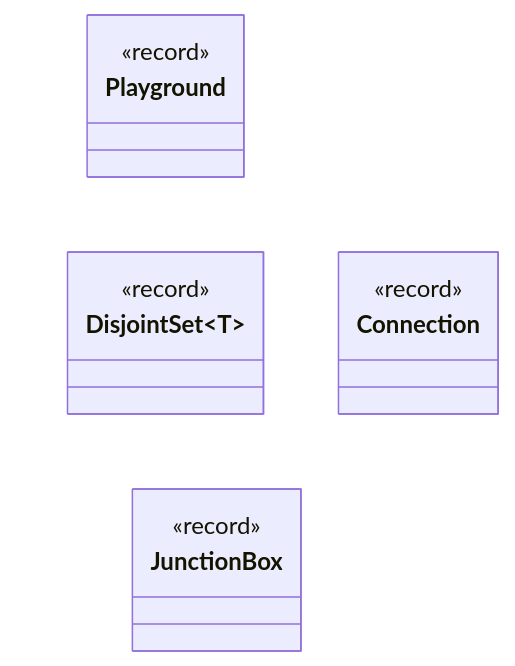
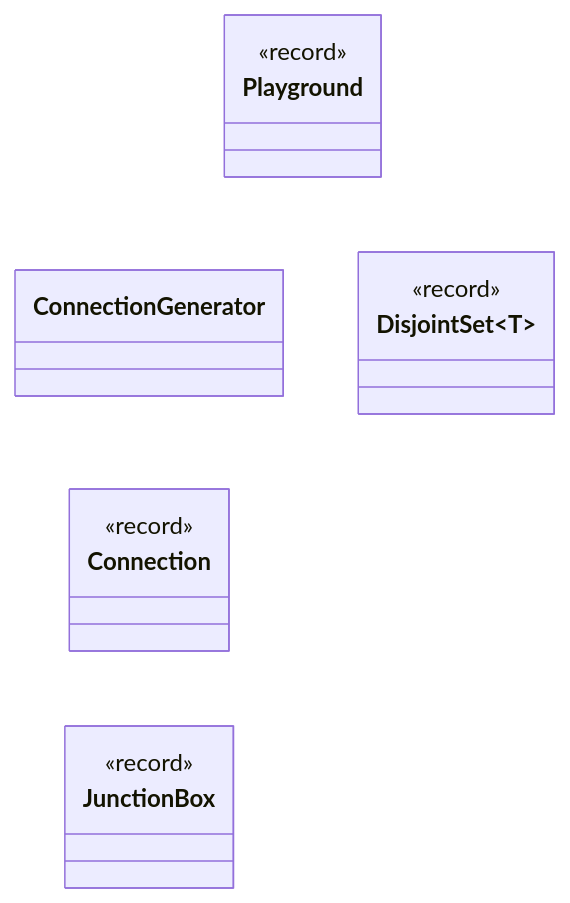
One commit to lauraheerrera/aoc2025 changed the diagram in UML diagrams/uml_day08.md. Above: the diagram before and after it, drawn with Mermaid. The commit also changed 91 other files, not shown here.

````diff
--- a/UML diagrams/uml_day08.md
+++ b/UML diagrams/uml_day08.md
@@ -3,21 +3,30 @@
 ```mermaid
 %%{init: { 'themeVariables': { 'lineColor': '#FFFFFF' } } }%%
 classDiagram
     direction TB
+
     class Playground {
         <<record>>
     }
+
+    class ConnectionGenerator
+
     class Connection {
         <<record>>
     }
+
     class JunctionBox {
         <<record>>
     }
+
     class DisjointSet~T~ {
         <<record>>
     }
-    Playground --> JunctionBox
-    Playground --> Connection
-    Playground --> DisjointSet
+
+    Playground --> ConnectionGenerator
+    Playground --> DisjointSet~JunctionBox~
+
+    ConnectionGenerator --> Connection
     Connection --> JunctionBox
+
 ```
````
